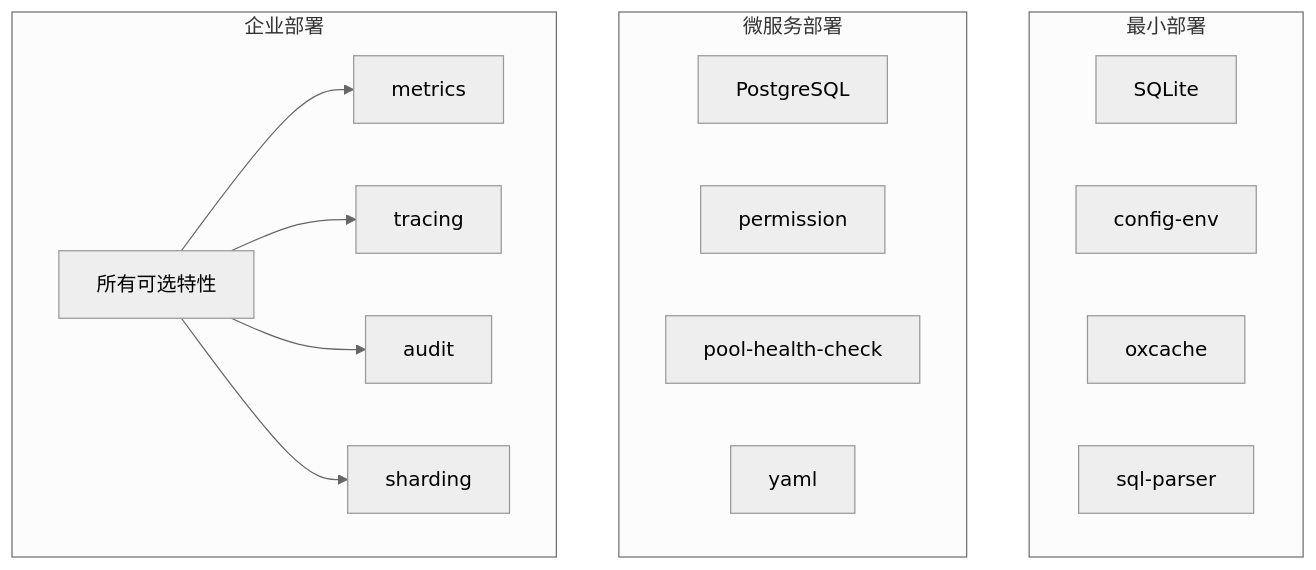
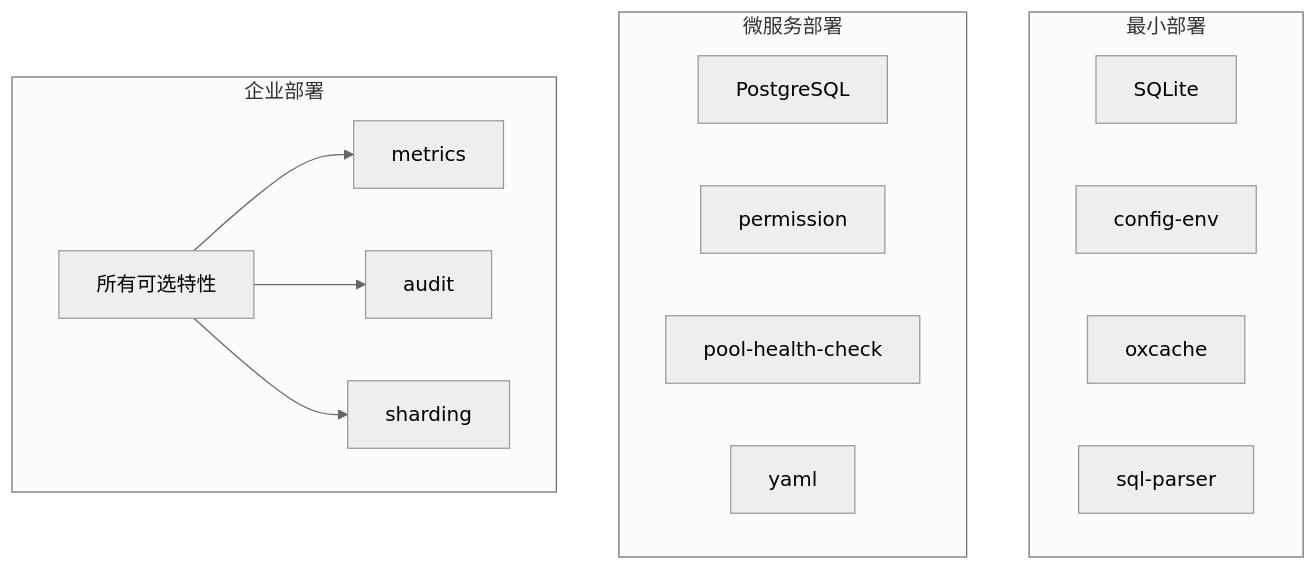
The ninth of 9 diagrams in docs/ARCHITECTURE.md (Kirky-X/dbnexus), drawn with Mermaid (neutral theme) before and after one commit. The commit also changed other lines of this file and 8 other files, not shown here.

````diff
--- a/docs/ARCHITECTURE.md
+++ b/docs/ARCHITECTURE.md
@@ -674,29 +672,27 @@
 ```mermaid
 graph TD
     subgraph Minimal["最小部署"]
         SQLite[SQLite]
         config_env[config-env]
         oxcache[oxcache]
         sql_parser[sql-parser]
     end
 
     subgraph Microservice["微服务部署"]
         PostgreSQL[PostgreSQL]
         permission[permission]
         pool_health_check[pool-health-check]
         config_yaml[yaml]
     end
 
     subgraph Enterprise["企业部署"]
         AllFeatures[所有可选特性]
         metrics[metrics]
-        tracing[tracing]
         audit[audit]
         sharding[sharding]
     end
 
     AllFeatures --> metrics
-    AllFeatures --> tracing
     AllFeatures --> audit
     AllFeatures --> sharding
 ```
````
